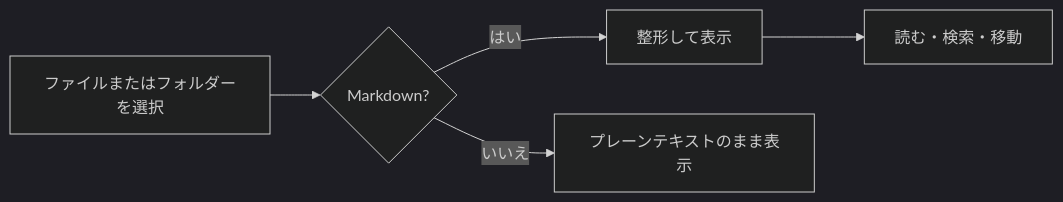
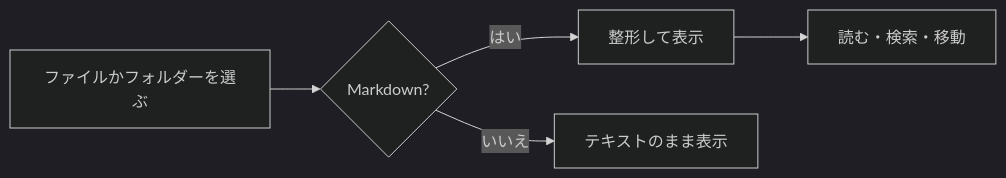
Before and after one commit to bruce-yang-422/parchment: the first of 3 diagrams in samples/ja/parchment-guide.md, drawn with Mermaid (dark theme). The commit also changed other lines of this file and 24 other files, not shown here.

First line of the commit message:
docs(samples): 擴充 8 語系使用導覽與連結筆記、閱讀測試加入 Flickr 有連結圖片 / expand the sample guide and linked note in 8 languages, add a linked Flickr image to the reading test

````diff
--- a/samples/ja/parchment-guide.md
+++ b/samples/ja/parchment-guide.md
@@ -69,7 +126,7 @@
 ```mermaid
 flowchart LR
-  A[ファイルまたはフォルダーを選択] --> B{Markdown?}
+  A[ファイルかフォルダーを選ぶ] --> B{Markdown?}
   B -->|はい| C[整形して表示]
-  B -->|いいえ| D[プレーンテキストのまま表示]
+  B -->|いいえ| D[テキストのまま表示]
   C --> E[読む・検索・移動]
 ```
````
